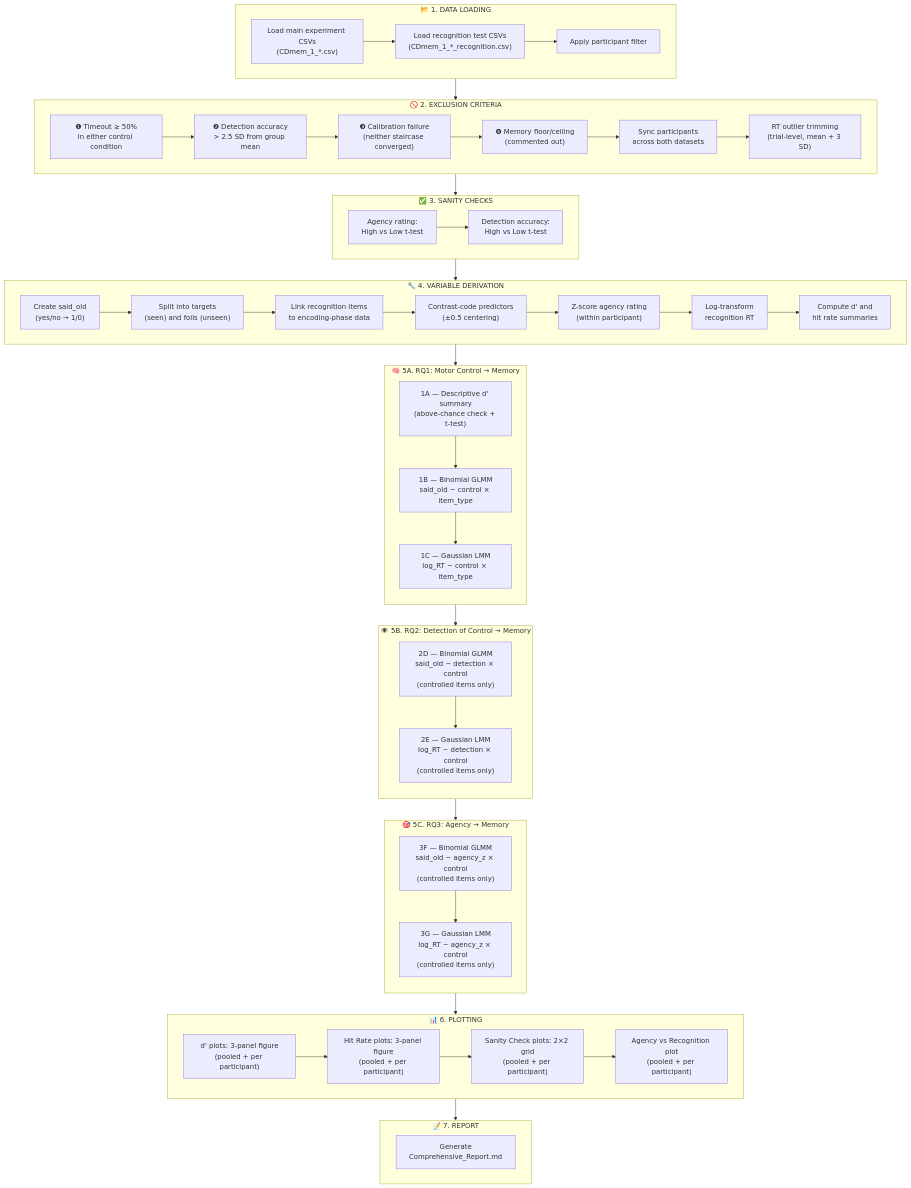
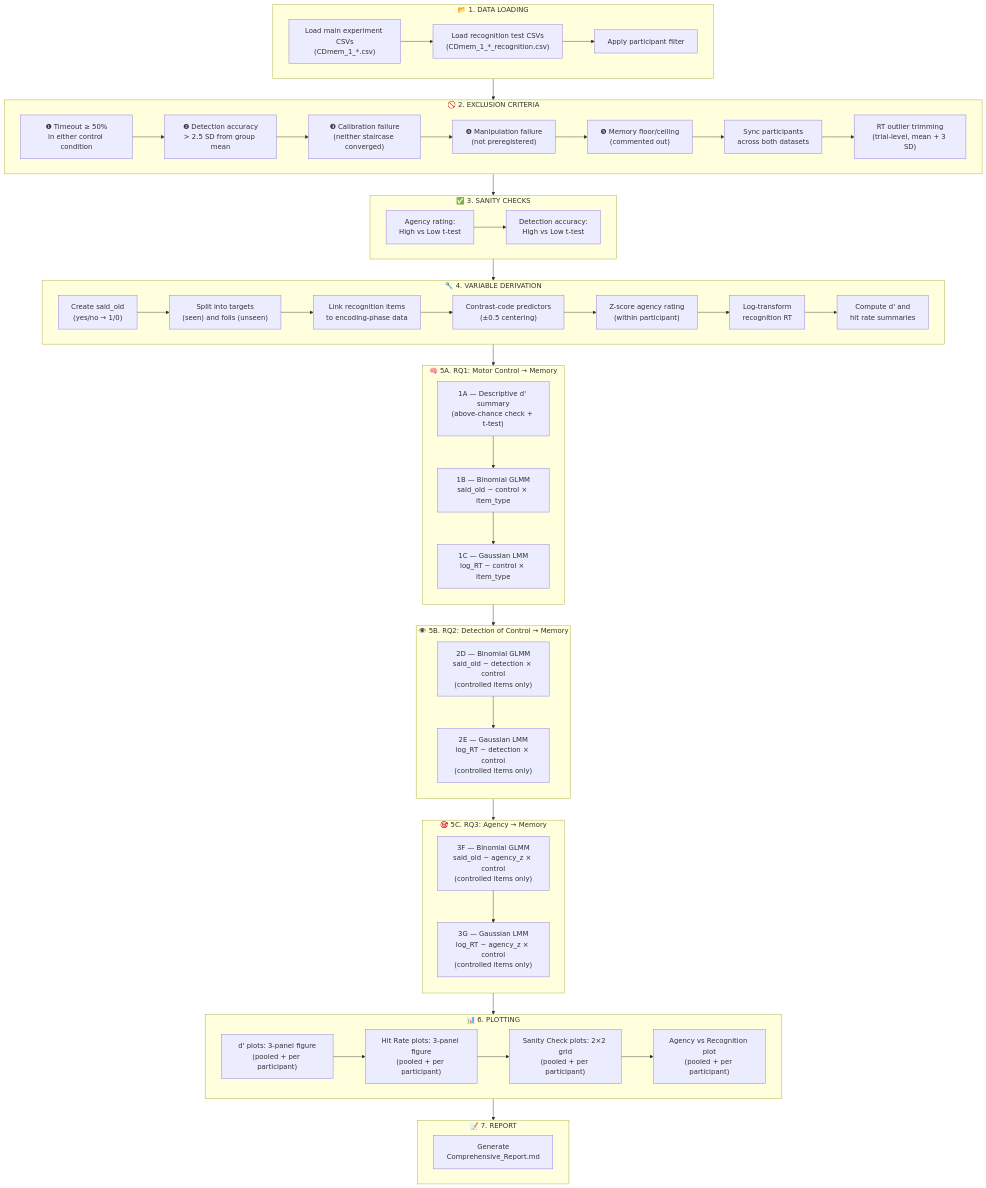
One commit to elifgzn/control_detection changed the diagram in CDmem/analyses/behavioral/CDmem_analyses_guide.md. Above: the diagram before and after it, drawn with Mermaid. The commit also changed other lines of this file and 1 other file, not shown here.

````diff
--- a/CDmem/analyses/behavioral/CDmem_analyses_guide.md
+++ b/CDmem/analyses/behavioral/CDmem_analyses_guide.md
@@ -9,70 +9,71 @@
 ```mermaid
 flowchart TD
     subgraph LOAD ["📂 1. DATA LOADING"]
         A1["Load main experiment CSVs<br/>(CDmem_1_*.csv)"] --> A2["Load recognition test CSVs<br/>(CDmem_1_*_recognition.csv)"]
         A2 --> A3["Apply participant filter"]
     end
 
     subgraph EXCLUDE ["🚫 2. EXCLUSION CRITERIA"]
         B1["❶ Timeout ≥ 50%<br/>in either control condition"]
         B2["❷ Detection accuracy<br/>> 2.5 SD from group mean"]
         B3["❸ Calibration failure<br/>(neither staircase converged)"]
-        B4["❹ Memory floor/ceiling<br/>(commented out)"]
+        B3b["❹ Manipulation failure<br/>(not preregistered)"]
+        B4["❺ Memory floor/ceiling<br/>(commented out)"]
         B5["Sync participants<br/>across both datasets"]
         B6["RT outlier trimming<br/>(trial-level, mean + 3 SD)"]
-        B1 --> B2 --> B3 --> B4 --> B5 --> B6
+        B1 --> B2 --> B3 --> B3b --> B4 --> B5 --> B6
     end
 
     subgraph SANITY ["✅ 3. SANITY CHECKS"]
         C1["Agency rating:<br/>High vs Low t-test"]
         C2["Detection accuracy:<br/>High vs Low t-test"]
         C1 --> C2
     end
 
     subgraph DERIVE ["🔧 4. VARIABLE DERIVATION"]
         D1["Create said_old<br/>(yes/no → 1/0)"]
         D2["Split into targets<br/>(seen) and foils (unseen)"]
         D3["Link recognition items<br/>to encoding-phase data"]
         D4["Contrast-code predictors<br/>(±0.5 centering)"]
         D5["Z-score agency rating<br/>(within participant)"]
         D6["Log-transform<br/>recognition RT"]
         D7["Compute d' and<br/>hit rate summaries"]
         D1 --> D2 --> D3 --> D4 --> D5 --> D6 --> D7
     end
 
     subgraph RQ1 ["🧠 5A. RQ1: Motor Control → Memory"]
         direction TB
         E1["1A — Descriptive d' summary<br/>(above-chance check + t-test)"]
         E2["1B — Binomial GLMM<br/>said_old ~ control × item_type"]
         E3["1C — Gaussian LMM<br/>log_RT ~ control × item_type"]
         E1 --> E2 --> E3
     end
 
     subgraph RQ2 ["👁️ 5B. RQ2: Detection of Control → Memory"]
         direction TB
         F1["2D — Binomial GLMM<br/>said_old ~ detection × control<br/>(controlled items only)"]
         F2["2E — Gaussian LMM<br/>log_RT ~ detection × control<br/>(controlled items only)"]
         F1 --> F2
     end
 
     subgraph RQ3 ["🎯 5C. RQ3: Agency → Memory"]
         direction TB
         G1["3F — Binomial GLMM<br/>said_old ~ agency_z × control<br/>(controlled items only)"]
         G2["3G — Gaussian LMM<br/>log_RT ~ agency_z × control<br/>(controlled items only)"]
         G1 --> G2
     end
 
     subgraph PLOT ["📊 6. PLOTTING"]
         H1["d' plots: 3-panel figure<br/>(pooled + per participant)"]
         H2["Hit Rate plots: 3-panel figure<br/>(pooled + per participant)"]
         H3["Sanity Check plots: 2×2 grid<br/>(pooled + per participant)"]
         H4["Agency vs Recognition plot<br/>(pooled + per participant)"]
         H1 --> H2 --> H3 --> H4
     end
 
     subgraph REPORT ["📝 7. REPORT"]
         I1["Generate<br/>Comprehensive_Report.md"]
     end
 
     LOAD --> EXCLUDE --> SANITY --> DERIVE --> RQ1 --> RQ2 --> RQ3 --> PLOT --> REPORT
 ```
````
